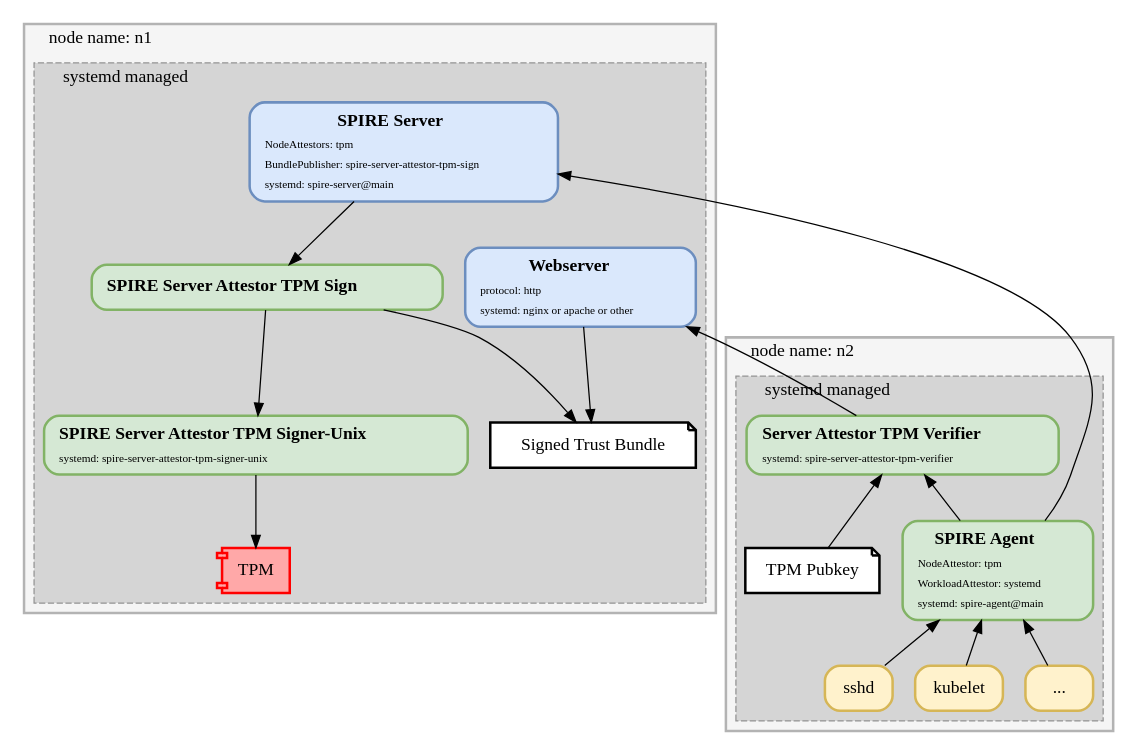
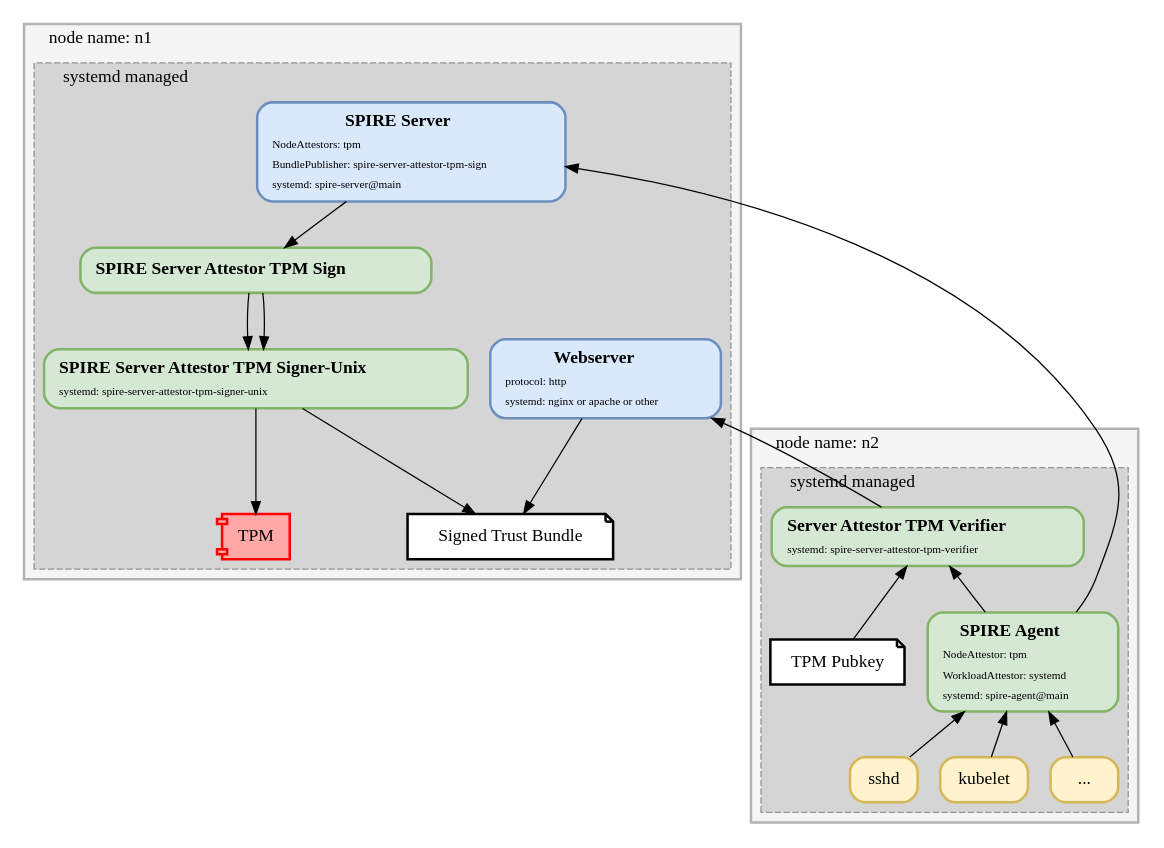
Before and after one commit to spiffe/spire-server-attestor-tpm: the diagram in diagram.dot, drawn with Graphviz. The commit also changed 1 other file, not shown here.

Commit message:
Update diagram

```diff
--- a/diagram.dot
+++ b/diagram.dot
@@ -1,66 +1,66 @@
 digraph G {
 
   subgraph cluster_server1 {
       label = "node name: n1"
         style="filled,solid,bold";
         color="#b3b3b3";
         fillcolor="#f5f5f5";
         labeljust="l"; 
       subgraph cluster_node1_systemd {
           #label = "Systemd"
           label = "systemd managed"
           style = "dashed,filled"
           color="#939393";
           fillcolor="#d5d5d5";
 
     spire_server_1[label=<<table border="0"><tr><td><b>SPIRE Server</b></td></tr><tr><td align="left"><font point-size="9">NodeAttestors: tpm</font></td></tr><tr><td align="left"><font point-size="9">BundlePublisher: spire-server-attestor-tpm-sign</font></td></tr><tr><td align="left"><font point-size="9">systemd: spire-server@main</font></td></tr></table>>,shape="record",style="rounded,solid,filled,bold",color="#6c8ebf",fillcolor="#dae8fc"]
           spire_agent_a[label=<<table border="0"><tr><td><b>SPIRE Server Attestor TPM Sign</b></td></tr></table>>,shape="record",style="rounded,solid,filled,bold",color="#82b366",fillcolor="#d5e8d4"]
           spire_trust_bundle_signer_a[label=<<table border="0"><tr><td><b>SPIRE Server Attestor TPM Signer-Unix</b></td></tr><tr><td align="left"><font point-size="9">systemd: spire-server-attestor-tpm-signer-unix</font></td></tr></table>>,shape="record",style="rounded,solid,filled,bold",color="#82b366",fillcolor="#d5e8d4"]
           spire_server_tb_a_signa_signb[label="Signed Trust Bundle", shape=note,style="rounded,filled,bold",fillcolor="#ffffff"]
           spire_server_tpm_a[label="TPM", shape=component,style="rounded,filled,bold",color="#ff0000", fillcolor="#ffa8a8"]
           webserver[label=<<table border="0"><tr><td><b>Webserver</b></td></tr><tr><td align="left"><font point-size="9">protocol: http</font></td></tr><tr><td align="left"><font point-size="9">systemd: nginx or apache or other</font></td></tr></table>>,shape="record",style="rounded,solid,filled,bold",color="#6c8ebf",fillcolor="#dae8fc"]
 
       }
   }
 
   subgraph cluster_node3 {
       label = "node name: n2"
       #style = dashed
         style="filled,solid,bold";
         color="#b3b3b3";
         fillcolor="#f5f5f5";
         labeljust="l"; 
 
       subgraph cluster_node3_systemd {
           #label = "Systemd"
           label = "systemd managed"
           style = "dashed,filled"
           color="#939393";
           fillcolor="#d5d5d5";
 
        labeljust="l"; 
 
           server_attestor1[label=<<table border="0"><tr><td><b>Server Attestor TPM Verifier</b></td></tr><tr><td align="left"><font point-size="9">systemd: spire-server-attestor-tpm-verifier</font></td></tr></table>>,shape="record",style="rounded,solid,filled,bold",color="#82b366",fillcolor="#d5e8d4"]
 
           spire_agent1[label=<<table border="0"><tr><td><b>SPIRE Agent</b></td></tr><tr><td align="left"><font point-size="9">NodeAttestor: tpm</font></td></tr><tr><td align="left"><font point-size="9">WorkloadAttestor: systemd</font></td></tr><tr><td align="left"><font point-size="9">systemd: spire-agent@main</font></td></tr></table>>,shape="record",style="rounded,solid,filled,bold",color="#82b366",fillcolor="#d5e8d4"]
           sshd1[label="sshd",shape="box",style="rounded,solid,filled,bold",color="#d6b656",fillcolor="#fff2cc"]
           kubelet1[label="kubelet",shape="box",style="rounded,solid,filled,bold",color="#d6b656",fillcolor="#fff2cc"]
           dotdotdot1[label="...",shape="box",style="rounded,solid,filled,bold",color="#d6b656",fillcolor="#fff2cc"]
           tpm_a_pub[label="TPM Pubkey",shape=note,style="rounded,filled,bold",fillcolor="#ffffff"]
       }
   }
  
- 
   spire_server_1 -> spire_agent1[dir=back]
   spire_server_1 -> spire_agent_a
   spire_agent_a -> spire_trust_bundle_signer_a
+  spire_trust_bundle_signer_a -> spire_agent_a[constrint=false,dir=back]
   spire_trust_bundle_signer_a -> spire_server_tpm_a
   webserver -> spire_server_tb_a_signa_signb
   webserver -> server_attestor1[dir=back]
   server_attestor1 -> spire_agent1[dir=back]
   server_attestor1 -> tpm_a_pub[dir=back]
-  spire_agent_a -> spire_server_tb_a_signa_signb
+  spire_trust_bundle_signer_a -> spire_server_tb_a_signa_signb
   spire_agent1 -> sshd1[dir=back]
   spire_agent1 -> kubelet1[dir=back]
   spire_agent1 -> dotdotdot1[dir=back]
 }
```
